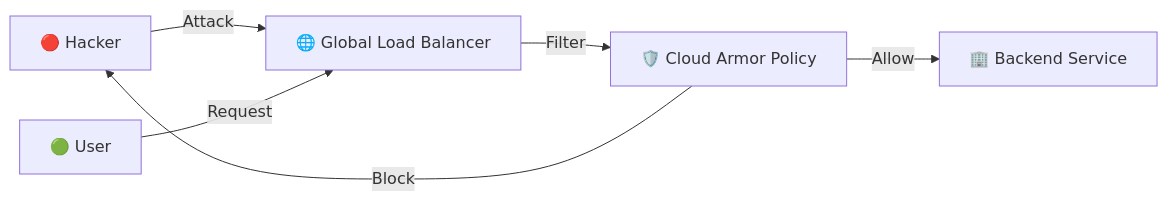
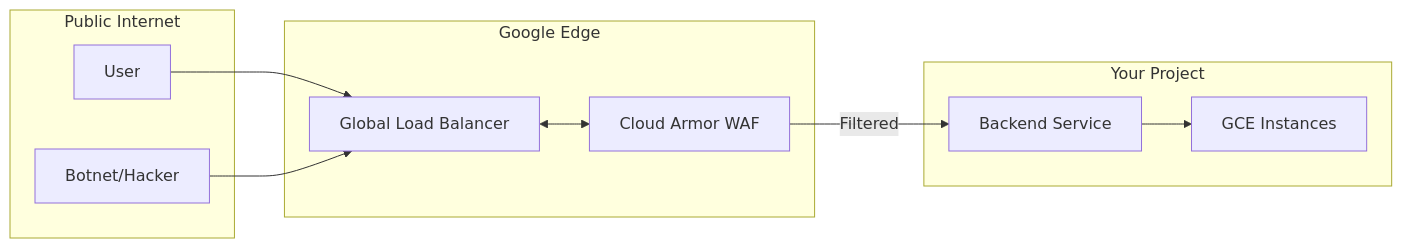
One commit to jyothivempa/gcp-study-plan changed the diagram in curriculum/content/section_25_cloud_armor.md. Above: the diagram before and after it, drawn with Mermaid. The commit also changed other lines of this file and 72 other files, not shown here.

````diff
--- a/curriculum/content/section_25_cloud_armor.md
+++ b/curriculum/content/section_25_cloud_armor.md
@@ -16,8 +25,23 @@
 ```mermaid
 graph LR
-    Hacker[🔴 Hacker] -- Attack --> GLB[🌐 Global Load Balancer]
-    User[🟢 User] -- Request --> GLB
-    GLB -- Filter --> CA[🛡️ Cloud Armor Policy]
-    CA -- Block --> Hacker
-    CA -- Allow --> Backend[🏢 Backend Service]
+    subgraph "Public Internet"
+        User[User]
+        Bot[Botnet/Hacker]
+    end
+
+    subgraph "Google Edge"
+        LB[Global Load Balancer]
+        CA[Cloud Armor WAF]
+    end
+
+    subgraph "Your Project"
+        BE[Backend Service]
+        VM[GCE Instances]
+    end
+
+    User --> LB
+    Bot --> LB
+    LB <--> CA
+    CA -- "Filtered" --> BE
+    BE --> VM
 ```
````
